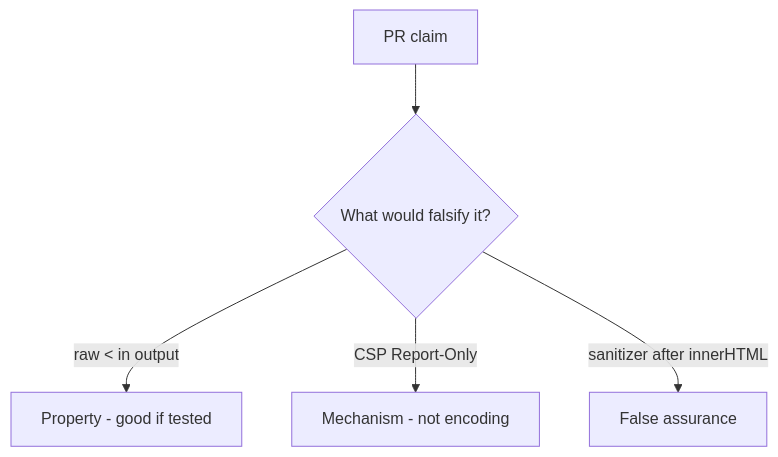
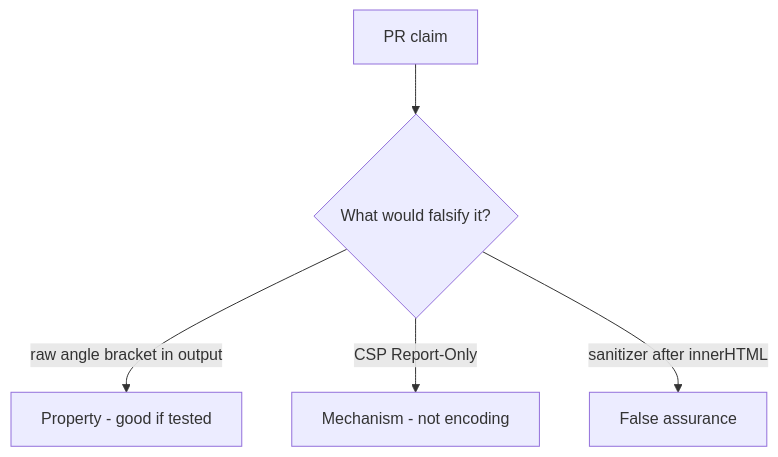
The diagram in content/modules/6/6.2/lessons/08-review.md (ishitvagoel/LearnSecurity), drawn with Mermaid before and after one commit. The commit also changed other lines of this file and 28 other files, not shown here.

````diff
--- a/content/modules/6/6.2/lessons/08-review.md
+++ b/content/modules/6/6.2/lessons/08-review.md
@@ -15,7 +17,7 @@
 ```mermaid
 flowchart TD
-  Claim[PR claim] --> Q{What would falsify it?}
-  Q -->|"raw < in output"| Property["Property - good if tested"]
-  Q -->|CSP Report-Only| Mechanism[Mechanism - not encoding]
-  Q -->|sanitizer after innerHTML| False[False assurance]
+  Claim[PR claim] --> Q{"What would falsify it?"}
+  Q -->|"raw angle bracket in output"| Property["Property - good if tested"]
+  Q -->|"CSP Report-Only"| Mechanism[Mechanism - not encoding]
+  Q -->|"sanitizer after innerHTML"| False[False assurance]
 ```
````
